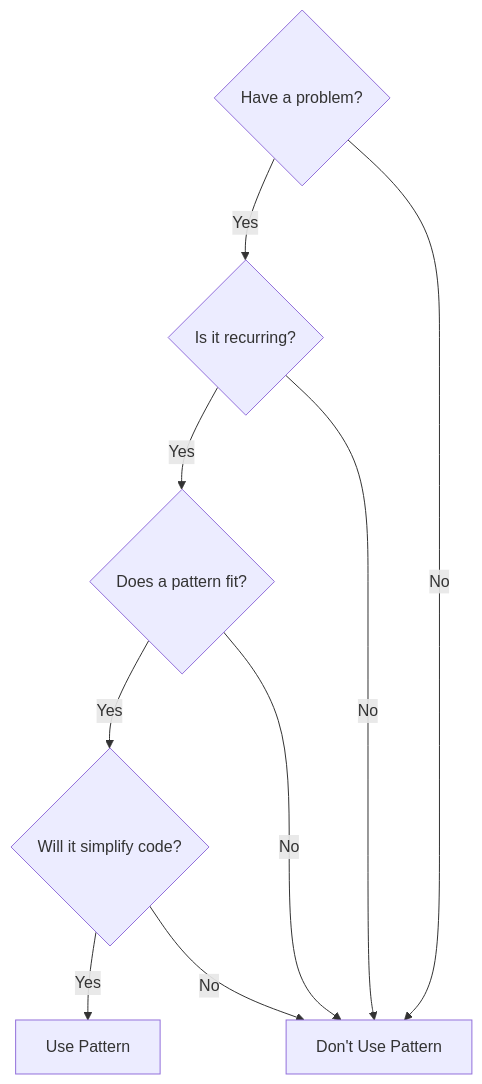
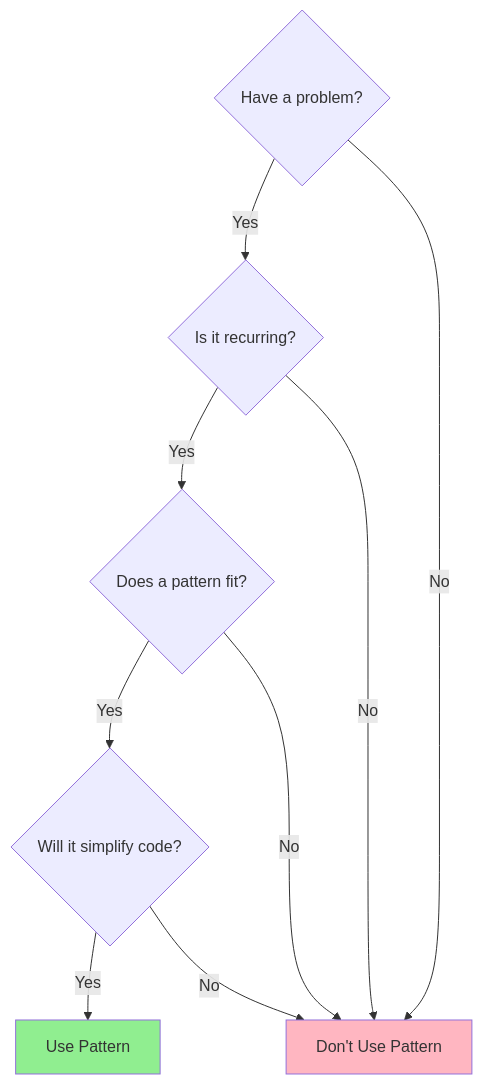
The ninth of 13 diagrams in docs/design-patterns-introduction.md (pankaj139/lld-solutions), drawn with Mermaid before and after one commit. The commit also changed other lines of this file, not shown here.

````diff
--- a/docs/design-patterns-introduction.md
+++ b/docs/design-patterns-introduction.md
@@ -722,11 +768,14 @@
 ```mermaid
 graph TD
     A{Have a problem?} -->|Yes| B{Is it recurring?}
     B -->|Yes| C{Does a pattern fit?}
     C -->|Yes| D{Will it simplify code?}
     D -->|Yes| E[Use Pattern]
     D -->|No| F[Don't Use Pattern]
     C -->|No| F
     B -->|No| F
     A -->|No| F
+    
+    style E fill:#90EE90
+    style F fill:#FFB6C1
 ```
````
